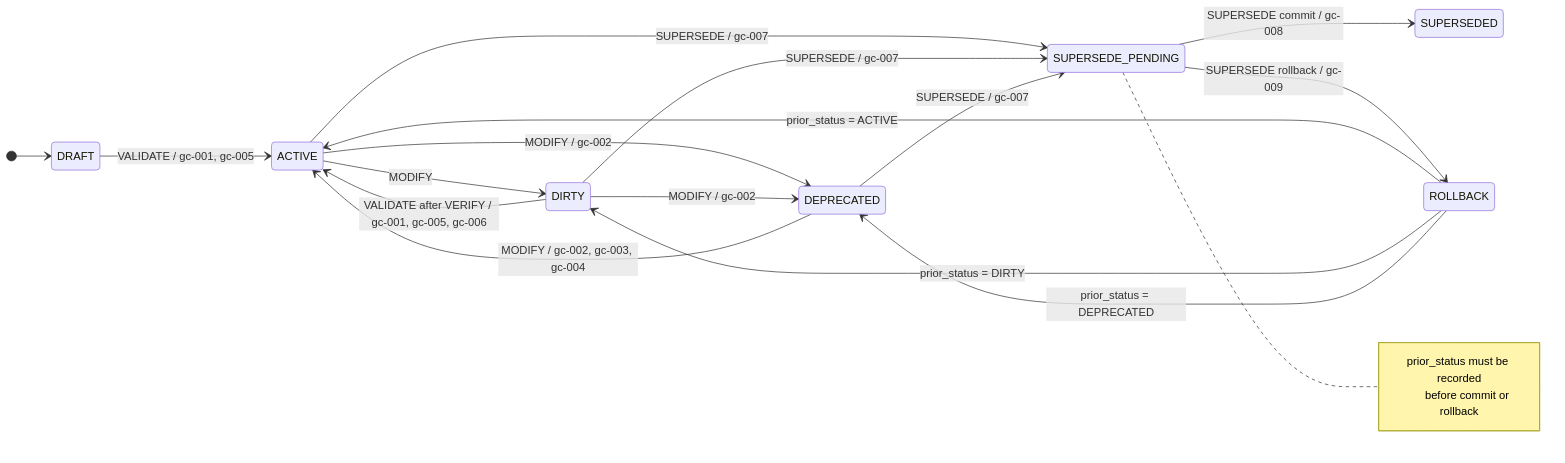
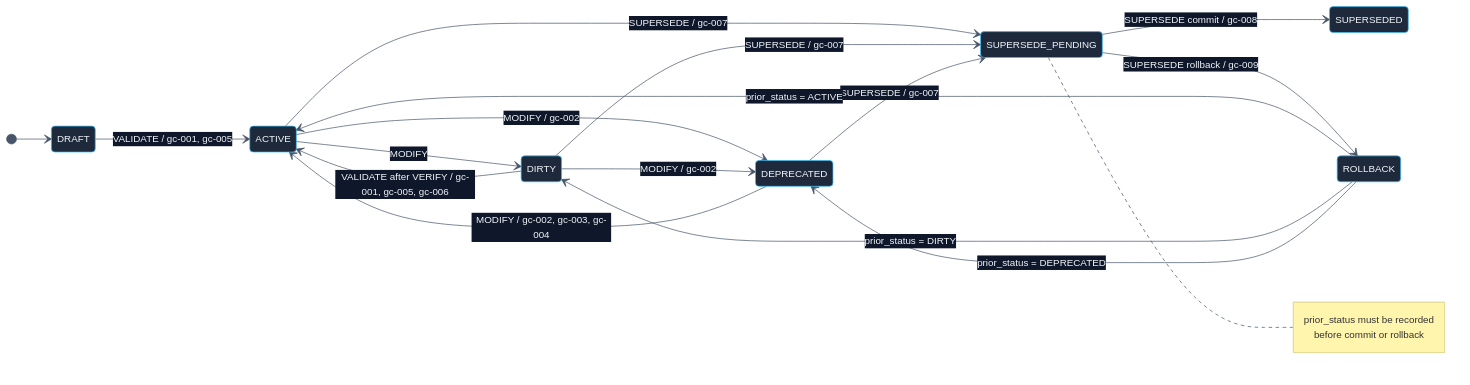
Diagram 12 of 28 in .agent/assets/proposals/active/v6.3/ddr_ref_manual_v6.3.md (formosa/Antigravity), drawn with Mermaid before and after one commit. The commit also changed other lines of this file and 4 other files, not shown here.

````diff
--- a/.agent/assets/proposals/active/v6.3/ddr_ref_manual_v6.3.md
+++ b/.agent/assets/proposals/active/v6.3/ddr_ref_manual_v6.3.md
@@ -2227,65 +1346,51 @@
 ```mermaid
-
+%%{
+  init: {
+    'theme': 'base',
+    'themeVariables': {
+      'primaryColor': '#1e293b',
+      'primaryTextColor': '#f1f5f9',
+      'primaryBorderColor': '#38bdf8',
+      'lineColor': '#475569',
+      'secondaryColor': '#0f172a',
+      'tertiaryColor': '#0f172a',
+      'clusterBkg': 'rgba(30, 41, 59, 0.5)',
+      'clusterBorder': '#475569',
+      'fontSize': '14px',
+      'fontFamily': 'Inter, system-ui, sans-serif',
+      'nodeBorder': '#38bdf8'
+    }
+  }
+}%%
 stateDiagram
-
     accTitle: Lifecycle state machine and rollback authority
-
     accDescr: Shows the closed DDR node status machine, including SUPERSEDE_PENDING as a transactional state that can commit or roll back to the recorded prior_status.
-
     direction LR
 
-
-
     [*] --> DRAFT
-
     DRAFT --> ACTIVE: VALIDATE / gc-001, gc-005
-
     ACTIVE --> DIRTY: MODIFY
-
     ACTIVE --> DEPRECATED: MODIFY / gc-002
-
     ACTIVE --> SUPERSEDE_PENDING: SUPERSEDE / gc-007
-
     DIRTY --> ACTIVE: VALIDATE after VERIFY / gc-001, gc-005, gc-006
-
     DIRTY --> DEPRECATED: MODIFY / gc-002
-
     DIRTY --> SUPERSEDE_PENDING: SUPERSEDE / gc-007
-
     DEPRECATED --> ACTIVE: MODIFY / gc-002, gc-003, gc-004
-
     DEPRECATED --> SUPERSEDE_PENDING: SUPERSEDE / gc-007
-
     SUPERSEDE_PENDING --> SUPERSEDED: SUPERSEDE commit / gc-008
-
     SUPERSEDE_PENDING --> ROLLBACK: SUPERSEDE rollback / gc-009
-
     state ROLLBACK <<choice>>
-
     ROLLBACK --> ACTIVE: prior_status = ACTIVE
-
     ROLLBACK --> DIRTY: prior_status = DIRTY
-
     ROLLBACK --> DEPRECATED: prior_status = DEPRECATED
 
-
-
     note right of SUPERSEDE_PENDING
-
       prior_status must be recorded
-
       before commit or rollback
-
     end note
 
-
-
     classDef normative fill:rgba(34,197,94,0.1),stroke:rgba(34,197,94,0.5),color:#4ade80,stroke-width:2px;
-
     classDef transient fill:#fff3e0,stroke:#ef6c00,color:#bf360c,stroke-width:1.5px;
-
     class DRAFT,ACTIVE,DIRTY,DEPRECATED,SUPERSEDED normative;
-
     class SUPERSEDE_PENDING transient;
-
 ```
````
